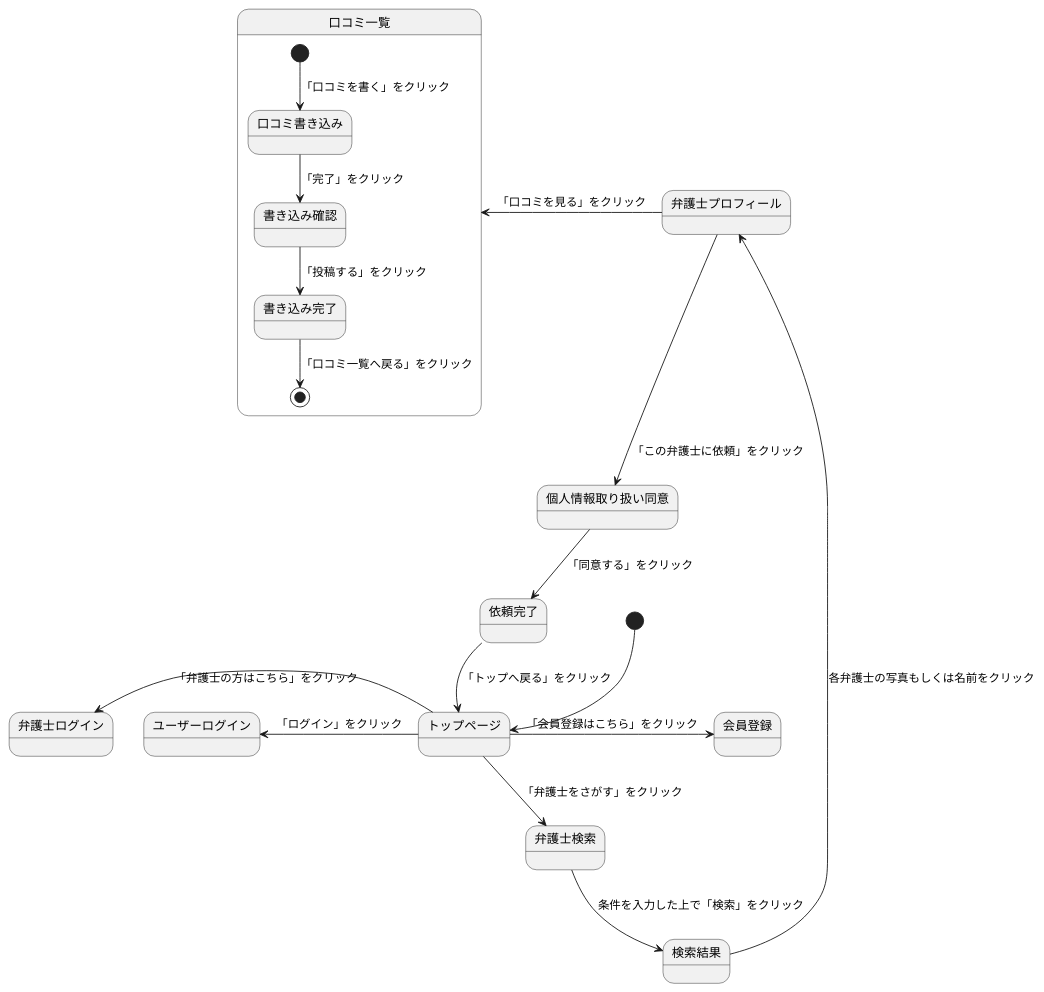
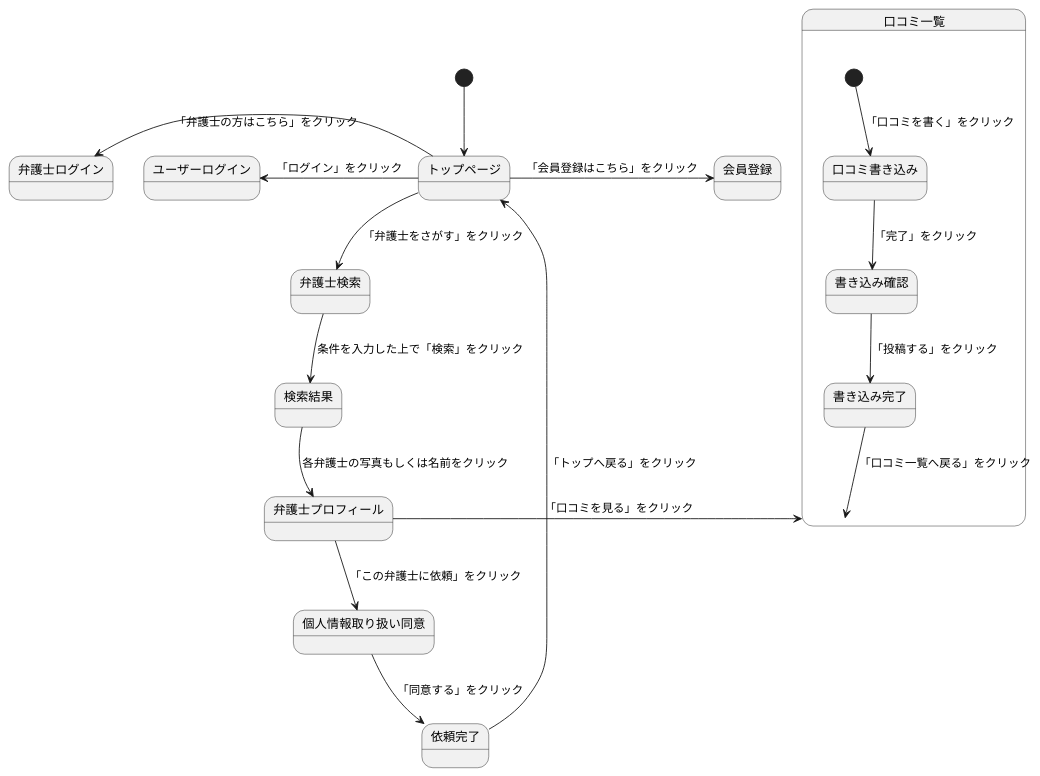
Before and after one commit to Aso2001374/2021sys-design: the diagram in 0524kadai.md, drawn with PlantUML.

````diff
--- a/0524kadai.md
+++ b/0524kadai.md
@@ -1,23 +1,23 @@
 ```uml
 @startuml
 [*] --> トップページ
 トップページ -> 会員登録:「会員登録はこちら」をクリック
 トップページ -left-> ユーザーログイン:「ログイン」をクリック
 トップページ -left-> 弁護士ログイン:「弁護士の方はこちら」をクリック
 トップページ --> 弁護士検索:「弁護士をさがす」をクリック
 弁護士検索 --> 検索結果: 条件を入力した上で「検索」をクリック
 検索結果 -down-> 弁護士プロフィール: 各弁護士の写真もしくは名前をクリック
 弁護士プロフィール -left-> 口コミ一覧:「口コミを見る」をクリック
 弁護士プロフィール --> 個人情報取り扱い同意:「この弁護士に依頼」をクリック
 個人情報取り扱い同意-->依頼完了:「同意する」をクリック
 依頼完了-->トップページ:「トップへ戻る」をクリック
 
 state 口コミ一覧{
 [*] --> 口コミ書き込み:「口コミを書く」をクリック
 口コミ書き込み --> 書き込み確認:「完了」をクリック
 書き込み確認 --> 書き込み完了:「投稿する」をクリック
-書き込み完了 --> [*]:「口コミ一覧へ戻る」をクリック
+書き込み完了 --> 口コミ一覧:「口コミ一覧へ戻る」をクリック
 }
 
 @enduml
 ```
````
